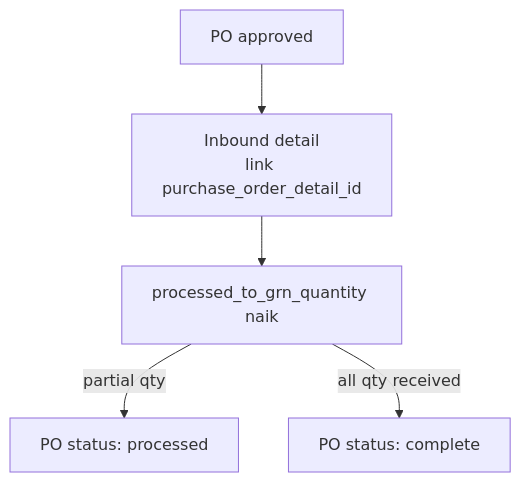
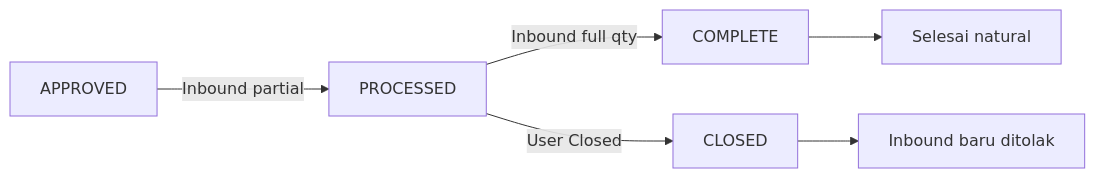
Before and after one commit to yendyr/olshoperp-docs: the second of 3 diagrams in qa-docs/supplychain-purchase-order/requirement.md, drawn with Mermaid. The commit also changed other lines of this file and 84 other files, not shown here.

````diff
--- a/qa-docs/supplychain-purchase-order/requirement.md
+++ b/qa-docs/supplychain-purchase-order/requirement.md
@@ -131,12 +118,8 @@
 ```mermaid
-flowchart TD
-    PO["PO approved"]
-  GRN["Inbound detail\nlink purchase_order_detail_id"]
-    INC["processed_to_grn_quantity naik"]
-    PART["PO status: processed"]
-    FULL["PO status: complete"]
-
-    PO --> GRN --> INC
-    INC -->|"partial qty"| PART
-    INC -->|"all qty received"| FULL
+flowchart LR
+    APPROVED -->|"Inbound partial"| PROCESSED
+    PROCESSED -->|"Inbound full qty"| COMPLETE
+    PROCESSED -->|"User Closed"| CLOSED
+    CLOSED --> BLOCK["Inbound baru ditolak"]
+    COMPLETE --> DONE["Selesai natural"]
 ```
````
